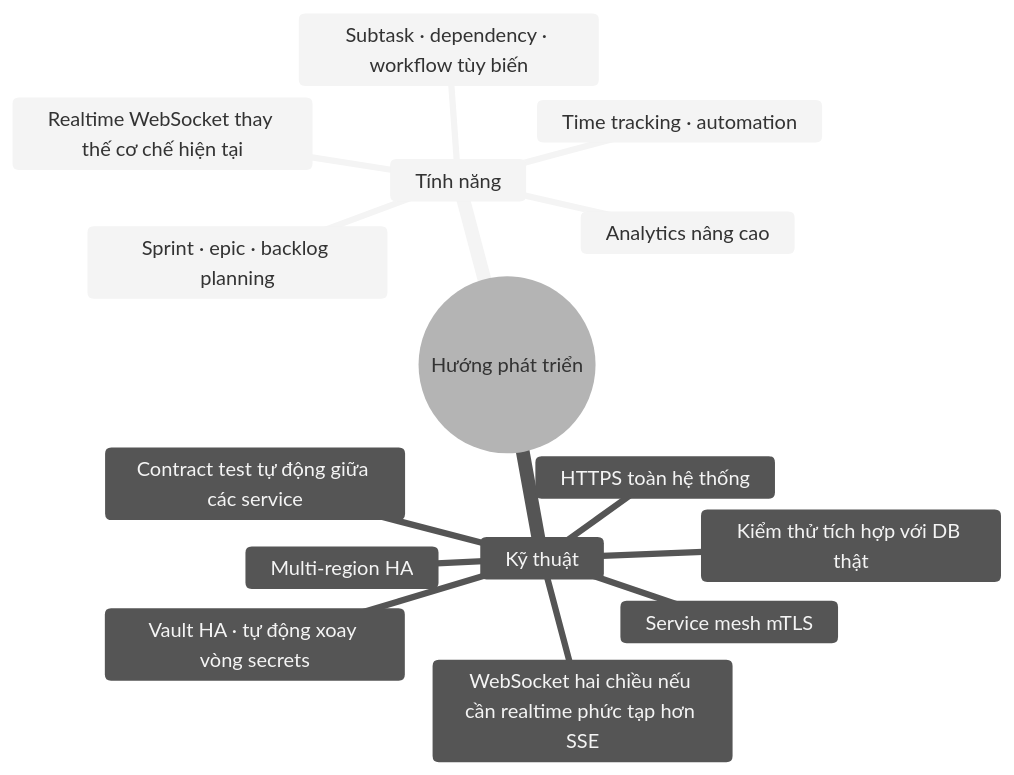
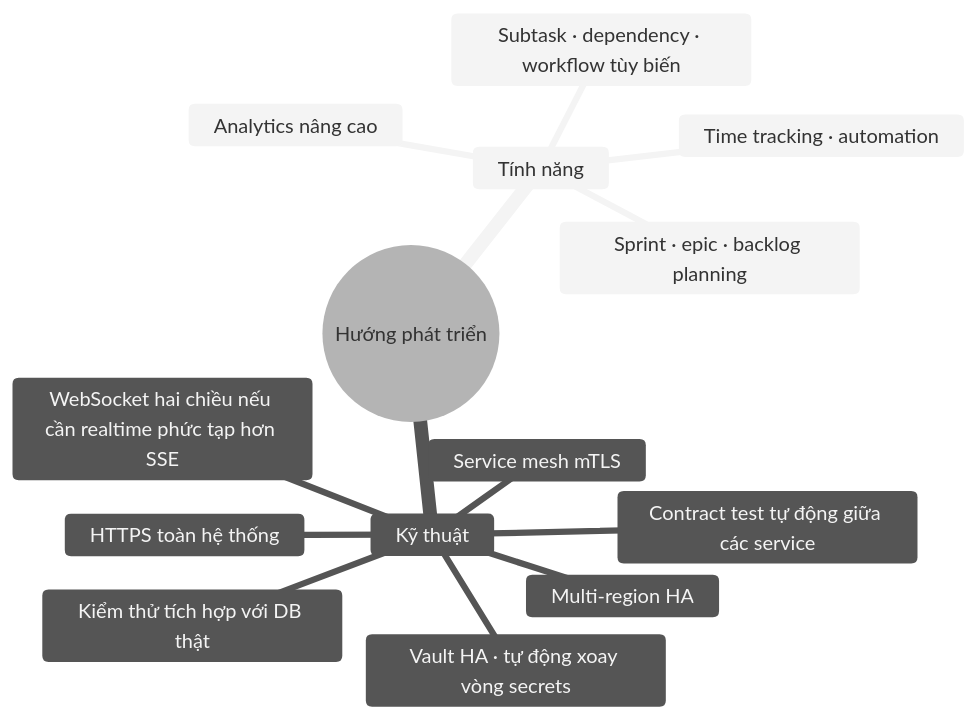
Before and after one commit to lengocanh2005it/collabspace: diagram 37 of 37 in docs/presentation-outline.md, drawn with Mermaid (neutral theme). The commit also changed other lines of this file, not shown here.

First line of the commit message:
docs(presentation): fix stale counts and duplicate WebSocket entry in Slide 16

````diff
--- a/docs/presentation-outline.md
+++ b/docs/presentation-outline.md
@@ -1413,18 +1413,17 @@
 ```mermaid
 mindmap
   root((Hướng phát triển))
     Tính năng
-      Realtime WebSocket thay thế cơ chế hiện tại
       Subtask · dependency · workflow tùy biến
       Sprint · epic · backlog planning
       Time tracking · automation
       Analytics nâng cao
     Kỹ thuật
       Vault HA · tự động xoay vòng secrets
       HTTPS toàn hệ thống
       Contract test tự động giữa các service
       Kiểm thử tích hợp với DB thật
       Service mesh mTLS
       Multi-region HA
       WebSocket hai chiều nếu cần realtime phức tạp hơn SSE
 ```
````
